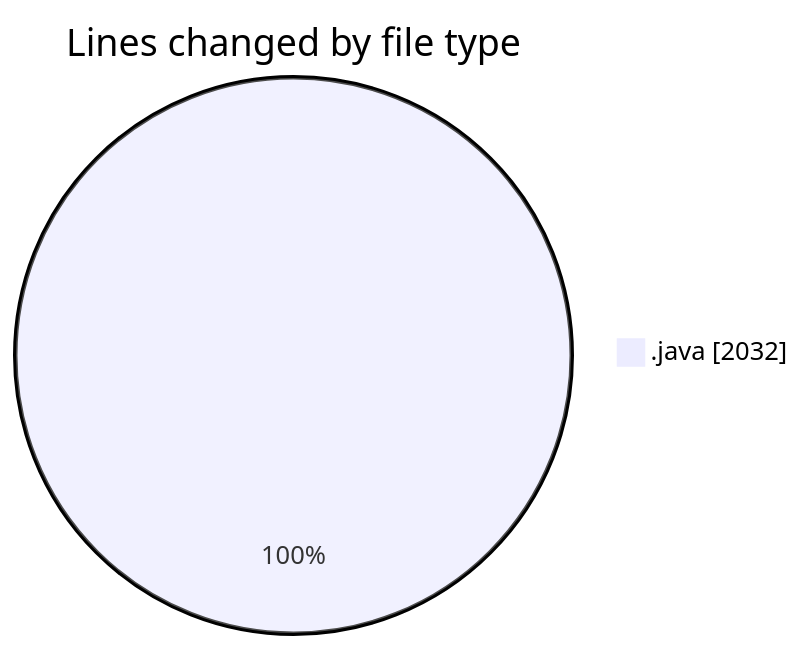
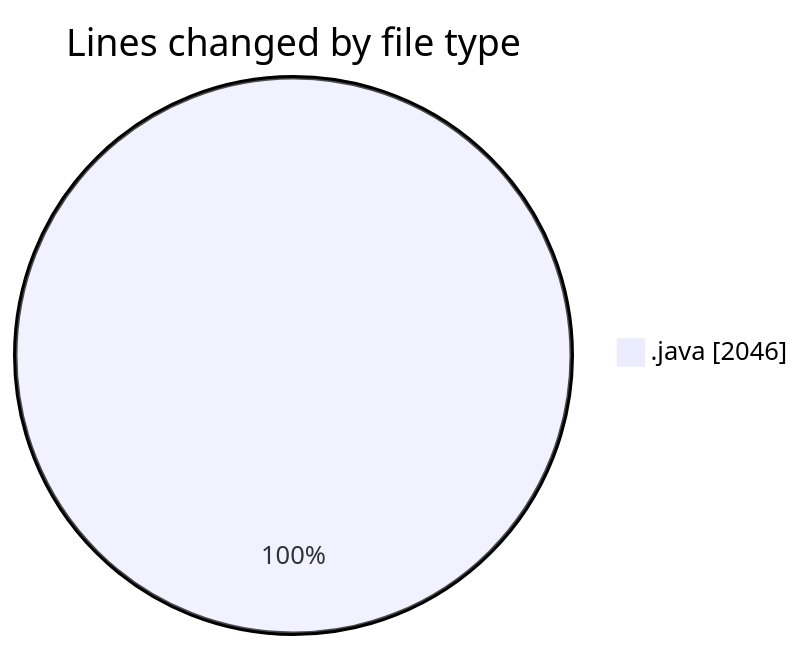
One commit to ricardozamudiocil/code-tracking changed the first of 2 diagrams in 2026-04-30/cilapp/README.md. Above: the diagram before and after it, drawn with Mermaid. The commit also changed other lines of this file and 1 other file, not shown here.

````diff
--- a/2026-04-30/cilapp/README.md
+++ b/2026-04-30/cilapp/README.md
@@ -24,5 +24,5 @@
 ```mermaid
 pie showData
 title Lines changed by file type
-".java" : 2032
+".java" : 2046
 ```
````
